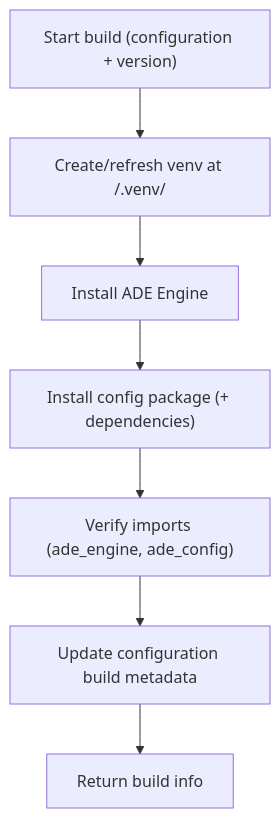
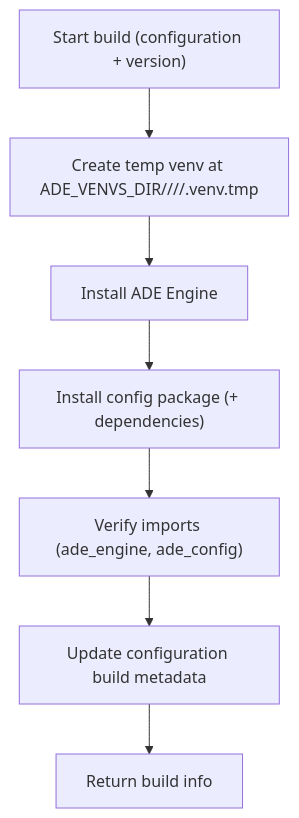
Before and after one commit to clac-ca/automatic-data-extractor: the diagram in docs/developers/02-build-venv.md, drawn with Mermaid. The commit also changed other lines of this file and 44 other files, not shown here.

First line of the commit message:
Refactor ADE virtual environment management and build process

````diff
--- a/docs/developers/02-build-venv.md
+++ b/docs/developers/02-build-venv.md
@@ -44,9 +43,9 @@
 ```mermaid
 flowchart TD
-  A["Start build (configuration + version)"] --> B["Create/refresh venv at <config_root>/.venv/"]
+  A["Start build (configuration + version)"] --> B["Create temp venv at ADE_VENVS_DIR/<workspace>/<config>/<build_id>/.venv.tmp"]
   B --> C["Install ADE Engine"]
   C --> D["Install config package (+ dependencies)"]
   D --> E["Verify imports (ade_engine, ade_config)"]
   E --> F["Update configuration build metadata"]
   F --> G["Return build info"]
 ```
````
